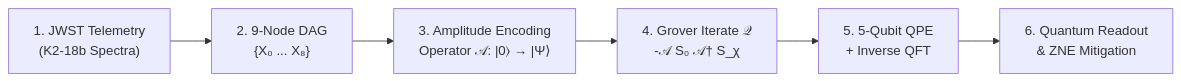
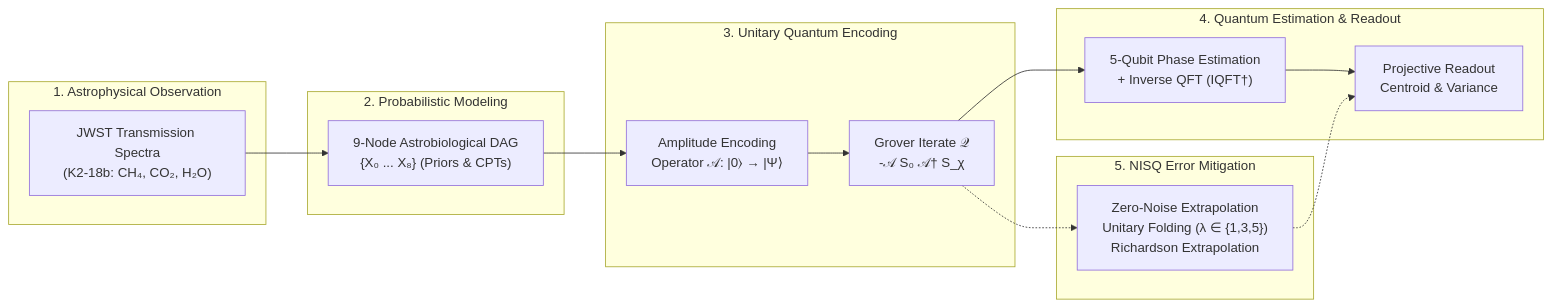
The diagram in README.md (danielriverolosa/quantum-bayesian-inference-astrobiology), drawn with Mermaid before and after one commit.

Commit message:
docs(readme): restore rich multi-subgraph Mermaid pipeline diagram

````diff
--- a/README.md
+++ b/README.md
@@ -52,8 +52,27 @@
 ```mermaid
 flowchart LR
-    OBS["1. JWST Telemetry<br/>(K2-18b Spectra)"] --> DAG["2. 9-Node DAG<br/>{X₀ ... X₈}"]
-    DAG --> AE["3. Amplitude Encoding<br/>Operator 𝒜: |0⟩ → |Ψ⟩"]
-    AE --> Q["4. Grover Iterate 𝒬<br/>-𝒜 S₀ 𝒜† S_χ"]
-    Q --> QPE["5. 5-Qubit QPE<br/>+ Inverse QFT"]
-    QPE --> READ["6. Quantum Readout<br/>& ZNE Mitigation"]
+    subgraph S1["1. Astrophysical Observation"]
+        OBS["JWST Transmission Spectra<br/>(K2-18b: CH₄, CO₂, H₂O)"]
+    end
+
+    subgraph S2["2. Probabilistic Modeling"]
+        DAG["9-Node Astrobiological DAG<br/>{X₀ ... X₈} (Priors & CPTs)"]
+    end
+
+    subgraph S3["3. Unitary Quantum Encoding"]
+        AE["Amplitude Encoding<br/>Operator 𝒜: |0⟩ → |Ψ⟩"]
+        Q["Grover Iterate 𝒬<br/>-𝒜 S₀ 𝒜† S_χ"]
+    end
+
+    subgraph S4["4. Quantum Estimation & Readout"]
+        QPE["5-Qubit Phase Estimation<br/>+ Inverse QFT (IQFT†)"]
+        MEAS["Projective Readout<br/>Centroid & Variance"]
+    end
+
+    subgraph S5["5. NISQ Error Mitigation"]
+        ZNE["Zero-Noise Extrapolation<br/>Unitary Folding (λ ∈ {1,3,5})<br/>Richardson Extrapolation"]
+    end
+
+    OBS --> DAG --> AE --> Q --> QPE --> MEAS
+    Q -.-> ZNE -.-> MEAS
 ```
````
